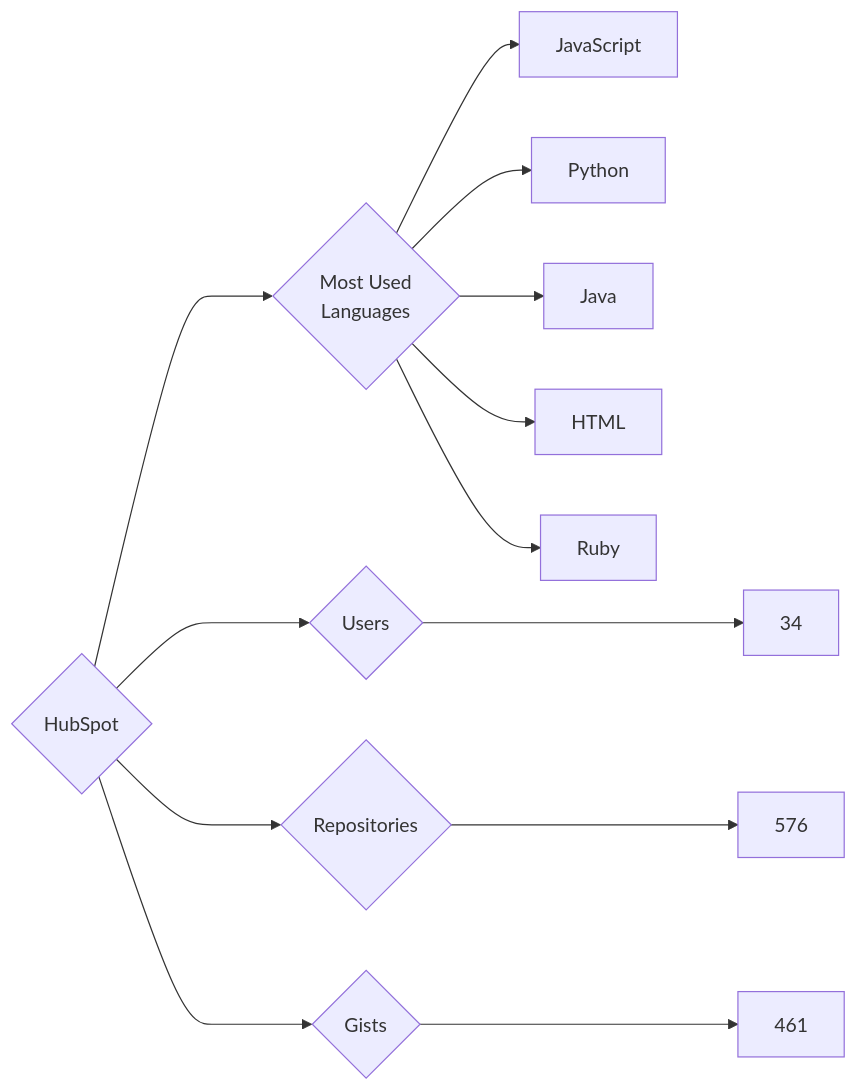
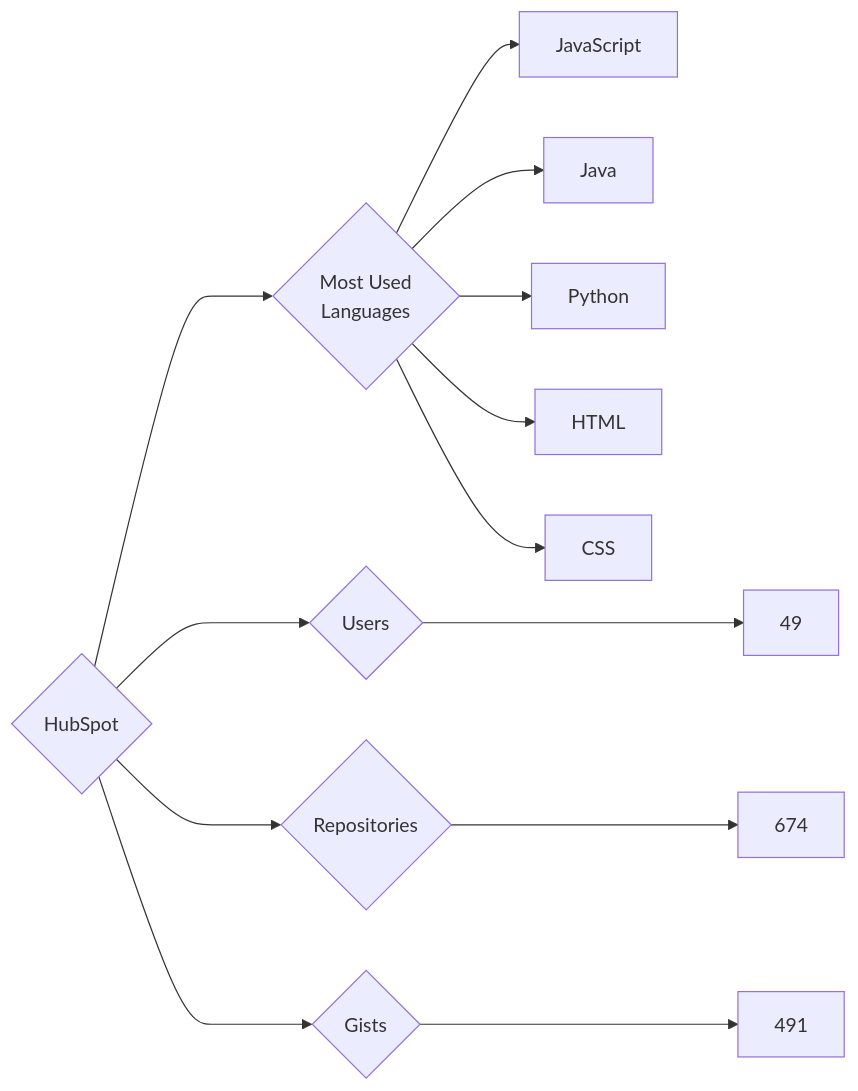
The diagram in targets/HubSpot/README.md (trickest/insiders), drawn with Mermaid before and after one commit. The commit also changed 951 other files, not shown here.

````diff
--- a/targets/HubSpot/README.md
+++ b/targets/HubSpot/README.md
@@ -3,13 +3,13 @@
 ```mermaid
 graph LR
 COMPANY_NAME{HubSpot}
-COMPANY_NAME ---> U{Users} ---> UN[34]
-COMPANY_NAME ---> R{Repositories} ---> RN[576]
-COMPANY_NAME ---> G{Gists} ---> GN[461]
+COMPANY_NAME ---> U{Users} ---> UN[49]
+COMPANY_NAME ---> R{Repositories} ---> RN[674]
+COMPANY_NAME ---> G{Gists} ---> GN[491]
 COMPANY_NAME ---> ML{Most Used<br>Languages}
-ML --> JavaScript
-ML --> Python
-ML --> Java
-ML --> HTML
-ML --> Ruby
+ML --> JavaScript[JavaScript]
+ML --> Java[Java]
+ML --> Python[Python]
+ML --> HTML[HTML]
+ML --> CSS[CSS]
 ```
````
